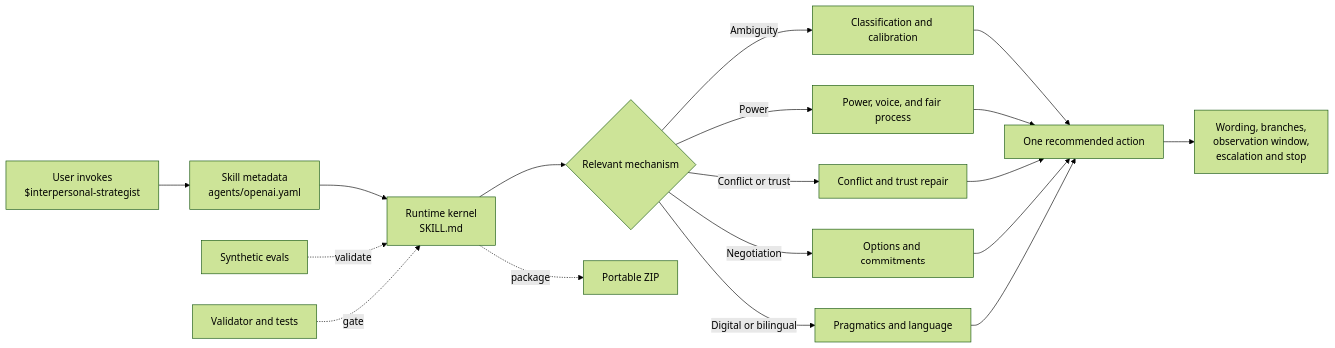
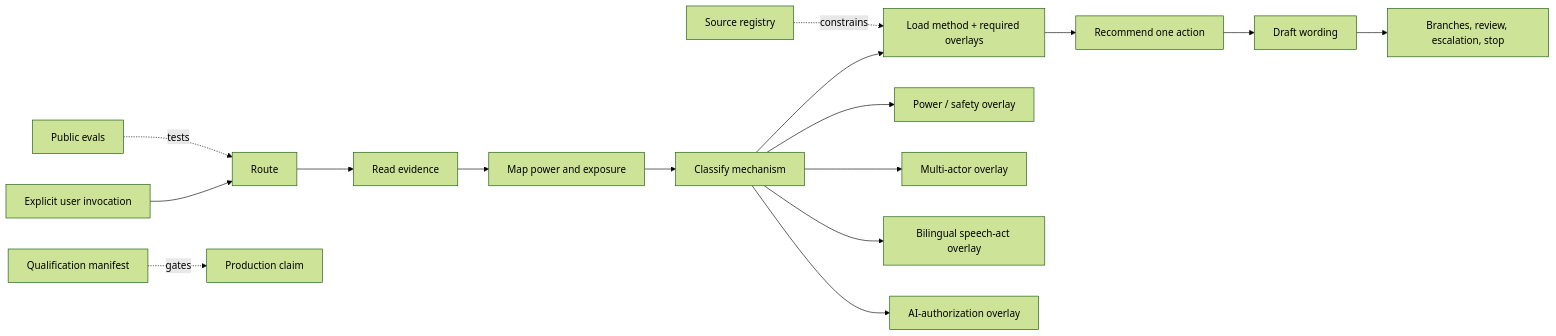
Before and after one commit to haitaowu12/interpersonal-strategist: the diagram in README.md, drawn with Mermaid (forest theme). The commit also changed other lines of this file, not shown here.

Commit message:
docs: publish production qualification candidate architecture

````diff
--- a/README.md
+++ b/README.md
@@ -56,21 +53,20 @@
 ```mermaid
 flowchart LR
-    U["User invokes<br/>$interpersonal-strategist"] --> M["Skill metadata<br/>agents/openai.yaml"]
-    M --> K["Runtime kernel<br/>SKILL.md"]
-    K --> R{"Relevant mechanism"}
-    R -->|Ambiguity| C["Classification and calibration"]
-    R -->|Power| P["Power, voice, and fair process"]
-    R -->|Conflict or trust| T["Conflict and trust repair"]
-    R -->|Negotiation| N["Options and commitments"]
-    R -->|Digital or bilingual| D["Pragmatics and language"]
-    C --> A["One recommended action"]
-    P --> A
-    T --> A
-    N --> A
-    D --> A
-    A --> O["Wording, branches,<br/>observation window,<br/>escalation and stop"]
+    U["Explicit user invocation"] --> R["Route"]
+    R --> E["Read evidence"]
+    E --> P["Map power and exposure"]
+    P --> C["Classify mechanism"]
+    C --> M["Load method + required overlays"]
+    M --> A["Recommend one action"]
+    A --> W["Draft wording"]
+    W --> B["Branches, review, escalation, stop"]
 
-    E["Synthetic evals"] -. validate .-> K
-    V["Validator and tests"] -. gate .-> K
-    K -. package .-> Z["Portable ZIP"]
+    C --> O1["Power / safety overlay"]
+    C --> O2["Multi-actor overlay"]
+    C --> O3["Bilingual speech-act overlay"]
+    C --> O4["AI-authorization overlay"]
+
+    S["Source registry"] -. constrains .-> M
+    T["Public evals"] -. tests .-> R
+    Q["Qualification manifest"] -. gates .-> Z["Production claim"]
 ```
````
